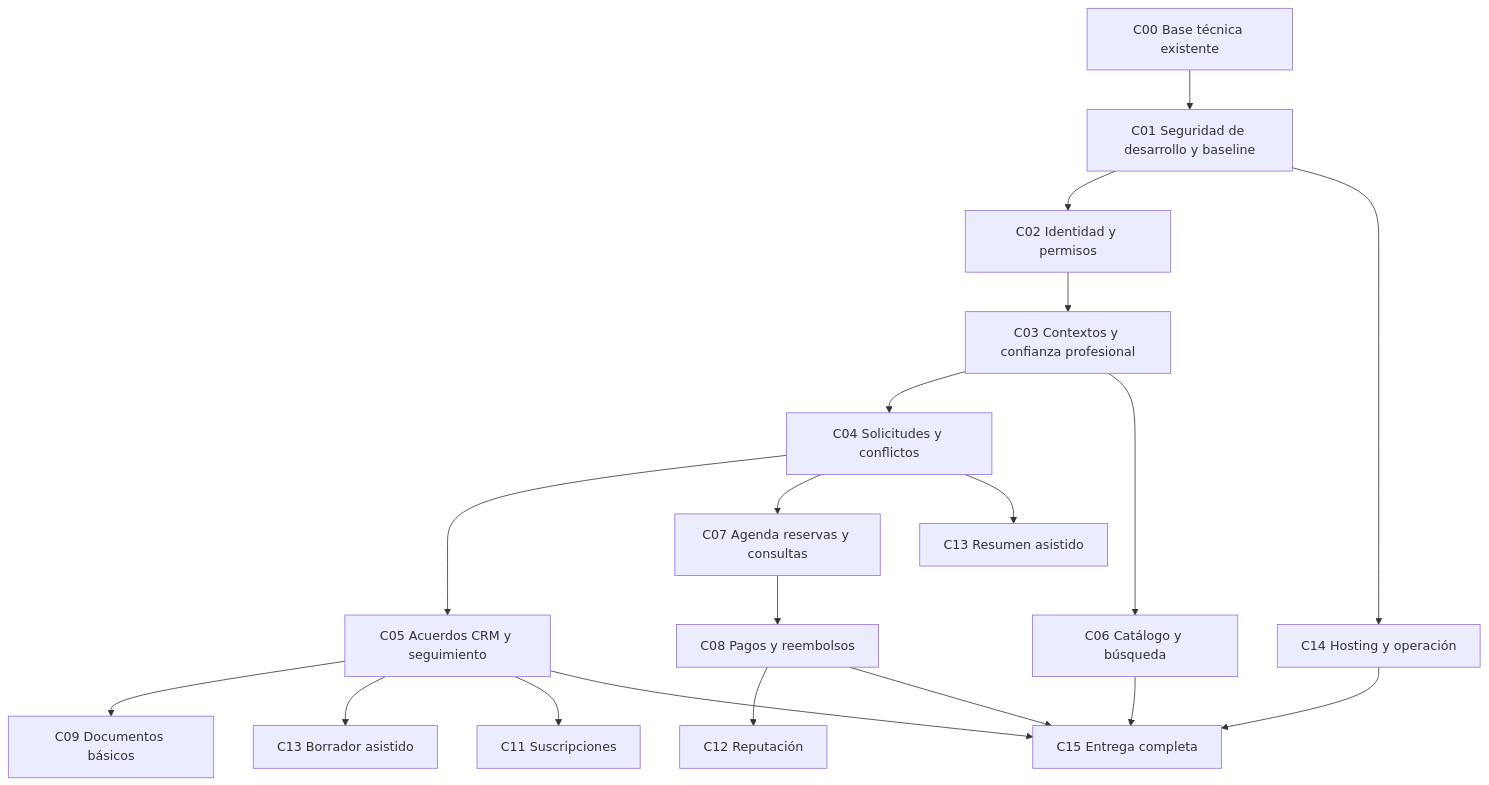
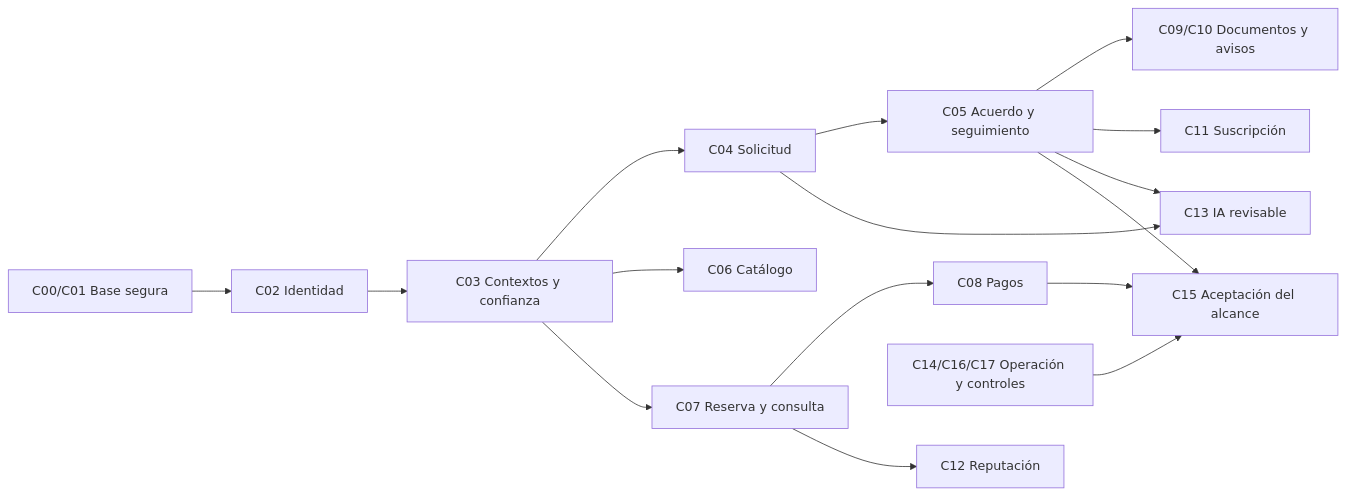
Before and after one commit to ArturoFrancoMozqueda/abogalia: the diagram in docs/27_development_plan_agents.md, drawn with Mermaid. The commit also changed other lines of this file and 26 other files, not shown here.

````diff
--- a/docs/27_development_plan_agents.md
+++ b/docs/27_development_plan_agents.md
@@ -310,21 +127,18 @@
 ```mermaid
-flowchart TD
-  F[C00 Base técnica existente] --> S[C01 Seguridad de desarrollo y baseline]
-  S --> I[C02 Identidad y permisos]
-  I --> P[C03 Contextos y confianza profesional]
-  P --> R[C04 Solicitudes y conflictos]
-  R --> C[C05 Acuerdos CRM y seguimiento]
-  P --> M[C06 Catálogo y búsqueda]
-  R --> B[C07 Agenda reservas y consultas]
-  B --> PAY[C08 Pagos y reembolsos]
-  C --> D[C09 Documentos básicos]
-  R --> AI1[C13 Resumen asistido]
-  C --> AI2[C13 Borrador asistido]
-  C --> SUB[C11 Suscripciones]
-  PAY --> REV[C12 Reputación]
-  S --> OP[C14 Hosting y operación]
-  C --> L[C15 Entrega completa]
-  M --> L
-  PAY --> L
-  OP --> L
+flowchart LR
+  A[C00/C01 Base segura] --> B[C02 Identidad]
+  B --> C[C03 Contextos y confianza]
+  C --> D[C04 Solicitud]
+  D --> E[C05 Acuerdo y seguimiento]
+  C --> F[C06 Catálogo]
+  C --> G[C07 Reserva y consulta]
+  G --> H[C08 Pagos]
+  E --> I[C09/C10 Documentos y avisos]
+  E --> J[C11 Suscripción]
+  G --> K[C12 Reputación]
+  D --> L[C13 IA revisable]
+  E --> L
+  E --> M[C15 Aceptación del alcance]
+  H --> M
+  N[C14/C16/C17 Operación y controles] --> M
 ```
````
